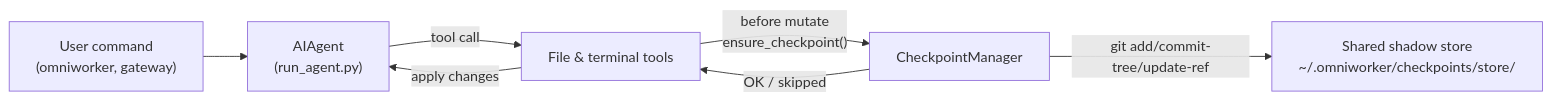
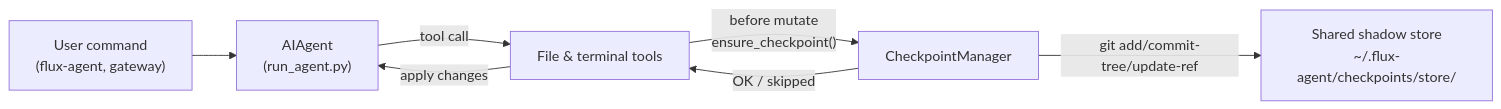
One commit to NLSARCOS/omniworker-b2b changed the diagram in omniworker-agent/website/docs/user-guide/checkpoints-and-rollback.md. Above: the diagram before and after it, drawn with Mermaid. The commit also changed other lines of this file and 1982 other files, not shown here.

````diff
--- a/omniworker-agent/website/docs/user-guide/checkpoints-and-rollback.md
+++ b/omniworker-agent/website/docs/user-guide/checkpoints-and-rollback.md
@@ -69,15 +69,15 @@
 ```mermaid
 flowchart LR
-  user["User command\n(omniworker, gateway)"]
+  user["User command\n(flux-agent, gateway)"]
   agent["AIAgent\n(run_agent.py)"]
   tools["File & terminal tools"]
   cpMgr["CheckpointManager"]
-  store["Shared shadow store\n~/.omniworker/checkpoints/store/"]
+  store["Shared shadow store\n~/.flux-agent/checkpoints/store/"]
 
   user --> agent
   agent -->|"tool call"| tools
   tools -->|"before mutate\nensure_checkpoint()"| cpMgr
   cpMgr -->|"git add/commit-tree/update-ref"| store
   cpMgr -->|"OK / skipped"| tools
   tools -->|"apply changes"| agent
 ```
````
